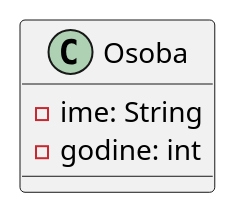
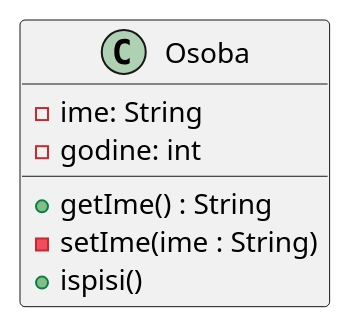
Before and after one commit to SrdjanB333/UMLtoRust: the diagram in umlDiagram-Rust/examples/zad1.puml, drawn with PlantUML. The commit also changed 30 other files, not shown here.

```diff
--- a/umlDiagram-Rust/examples/zad1.puml
+++ b/umlDiagram-Rust/examples/zad1.puml
@@ -1,8 +1,12 @@
 @startuml
 
 class Osoba{
     - ime: String
     - godine: int
 
+    +getIme() : String
+    -setIme(ime : String)
+    +ispisi()
+
 }
 @enduml
```
